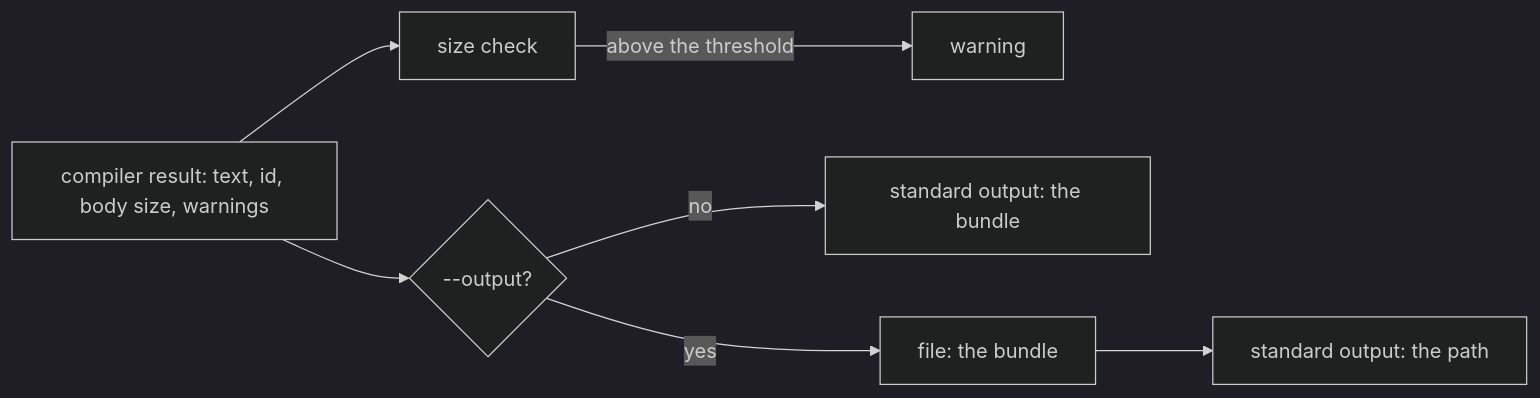
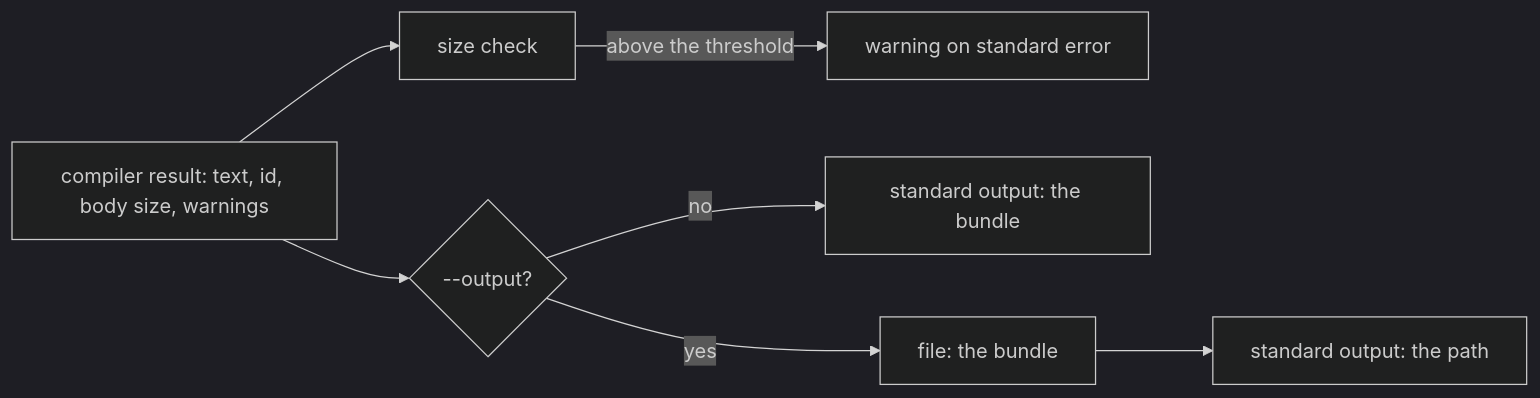
Before and after one commit to msitarz/wio: the diagram in .agents/wio/works/wio-context/delivery-of-the-bundle/README.md, drawn with Mermaid (dark theme). The commit also changed other lines of this file and 5 other files, not shown here.

````diff
--- a/.agents/wio/works/wio-context/delivery-of-the-bundle/README.md
+++ b/.agents/wio/works/wio-context/delivery-of-the-bundle/README.md
@@ -37,9 +37,9 @@
 ```mermaid
 flowchart LR
     compiled["compiler result: text, id, body size, warnings"] --> check["size check"]
     compiled --> dest{"--output?"}
-    check -->|"above the threshold"| warn["warning"]
+    check -->|"above the threshold"| warn["warning on standard error"]
     dest -->|"no"| out["standard output: the bundle"]
     dest -->|"yes"| file["file: the bundle"]
     file --> path["standard output: the path"]
 ```
````
